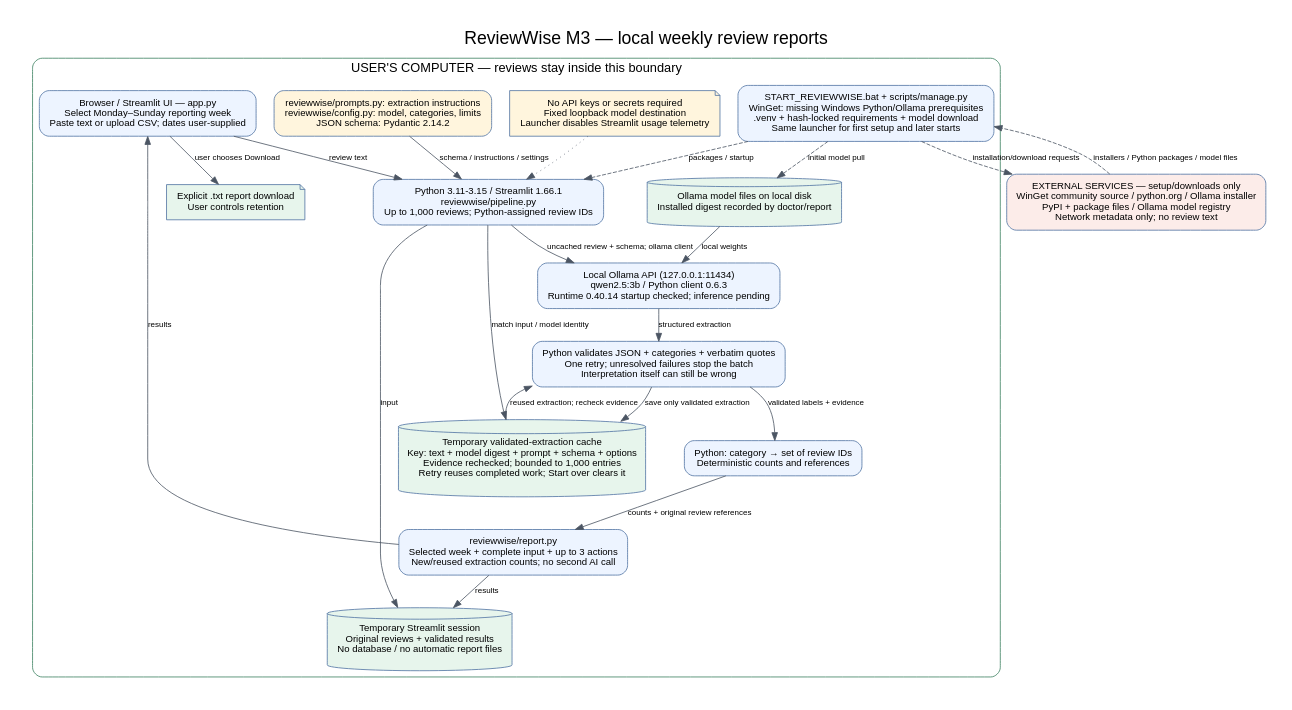
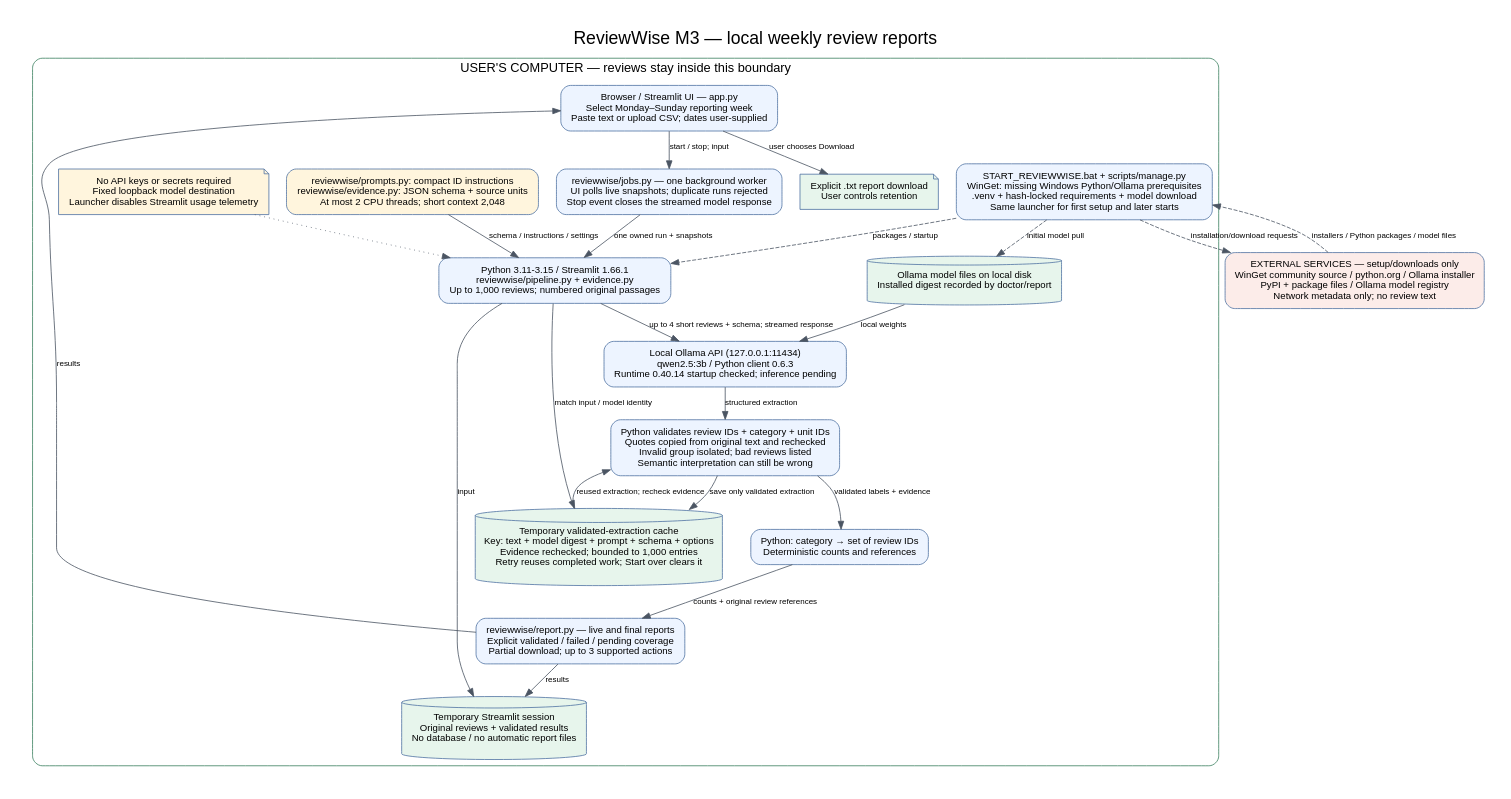
One commit to abdai-eman/reviewwise-ai changed the diagram in docs/architecture.dot. Above: the diagram before and after it, drawn with Graphviz. The commit also changed 18 other files, not shown here.

Commit message:
Prepare responsive analysis recovery pending real-model verification

```diff
--- a/docs/architecture.dot
+++ b/docs/architecture.dot
@@ -1,42 +1,44 @@
 digraph ReviewWise {
   graph [rankdir=TB, bgcolor="white", fontname="Arial", pad="0.35", nodesep="0.3", ranksep="0.4", label="ReviewWise M3 — local weekly review reports", labelloc=t, fontsize=22];
   node [shape=box, style="rounded,filled", fillcolor="#edf4ff", color="#5073a3", fontname="Arial", fontsize=12, margin="0.18,0.12"];
   edge [fontname="Arial", fontsize=10, color="#4b5563"];
   subgraph cluster_local {
     label="USER'S COMPUTER — reviews stay inside this boundary";
     color="#3b8060"; style="rounded"; fontname="Arial"; fontsize=16;
     browser [label="Browser / Streamlit UI — app.py\nSelect Monday–Sunday reporting week\nPaste text or upload CSV; dates user-supplied"];
-    python [label="Python 3.11-3.15 / Streamlit 1.66.1\nreviewwise/pipeline.py\nUp to 1,000 reviews; Python-assigned review IDs"];
-    prompt [label="reviewwise/prompts.py: extraction instructions\nreviewwise/config.py: model, categories, limits\nJSON schema: Pydantic 2.14.2", fillcolor="#fff5dd"];
+    python [label="Python 3.11-3.15 / Streamlit 1.66.1\nreviewwise/pipeline.py + evidence.py\nUp to 1,000 reviews; numbered original passages"];
+    worker [label="reviewwise/jobs.py — one background worker\nUI polls live snapshots; duplicate runs rejected\nStop event closes the streamed model response"];
+    prompt [label="reviewwise/prompts.py: compact ID instructions\nreviewwise/evidence.py: JSON schema + source units\nAt most 2 CPU threads; short context 2,048", fillcolor="#fff5dd"];
     ollama [label="Local Ollama API (127.0.0.1:11434)\nqwen2.5:3b / Python client 0.6.3\nRuntime 0.40.14 startup checked; inference pending"];
-    validate [label="Python validates JSON + categories + verbatim quotes\nOne retry; unresolved failures stop the batch\nInterpretation itself can still be wrong"];
+    validate [label="Python validates review IDs + category + unit IDs\nQuotes copied from original text and rechecked\nInvalid group isolated; bad reviews listed\nSemantic interpretation can still be wrong"];
     count [label="Python: category → set of review IDs\nDeterministic counts and references"];
-    report [label="reviewwise/report.py\nSelected week + complete input + up to 3 actions\nNew/reused extraction counts; no second AI call"];
+    report [label="reviewwise/report.py — live and final reports\nExplicit validated / failed / pending coverage\nPartial download; up to 3 supported actions"];
     session [shape=cylinder, label="Temporary Streamlit session\nOriginal reviews + validated results\nNo database / no automatic report files", fillcolor="#e7f5ec"];
     cache [shape=cylinder, label="Temporary validated-extraction cache\nKey: text + model digest + prompt + schema + options\nEvidence rechecked; bounded to 1,000 entries\nRetry reuses completed work; Start over clears it", fillcolor="#e7f5ec"];
     weights [shape=cylinder, label="Ollama model files on local disk\nInstalled digest recorded by doctor/report", fillcolor="#e7f5ec"];
     download [shape=note, label="Explicit .txt report download\nUser controls retention", fillcolor="#e7f5ec"];
     setup [label="START_REVIEWWISE.bat + scripts/manage.py\nWinGet: missing Windows Python/Ollama prerequisites\n.venv + hash-locked requirements + model download\nSame launcher for first setup and later starts"];
     secrets [shape=note, label="No API keys or secrets required\nFixed loopback model destination\nLauncher disables Streamlit usage telemetry", fillcolor="#fff5dd"];
-    browser -> python [label="review text"];
+    browser -> worker [label="start / stop; input"];
+    worker -> python [label="one owned run + snapshots"];
     prompt -> python [label="schema / instructions / settings"];
-    python -> ollama [label="uncached review + schema; ollama client"];
+    python -> ollama [label="up to 4 short reviews + schema; streamed response"];
     python -> cache [label="match input / model identity"];
     cache -> validate [label="reused extraction; recheck evidence"];
     validate -> cache [label="save only validated extraction"];
     weights -> ollama [label="local weights"];
     ollama -> validate [label="structured extraction"];
     validate -> count [label="validated labels + evidence"];
     count -> report [label="counts + original review references"];
     report -> browser [label="results"];
     python -> session [label="input"];
     report -> session [label="results"];
     browser -> download [label="user chooses Download"];
     setup -> python [style=dashed, label="packages / startup"];
     setup -> weights [style=dashed, label="initial model pull"];
     secrets -> python [style=dotted];
   }
   internet [shape=box, fillcolor="#fcece9", label="EXTERNAL SERVICES — setup/downloads only\nWinGet community source / python.org / Ollama installer\nPyPI + package files / Ollama model registry\nNetwork metadata only; no review text"];
   setup -> internet [style=dashed, label="installation/download requests"];
   internet -> setup [style=dashed, label="installers / Python packages / model files"];
 }
```
